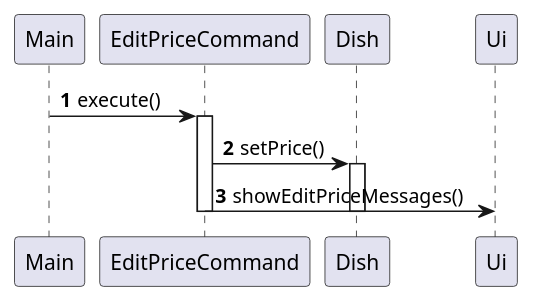
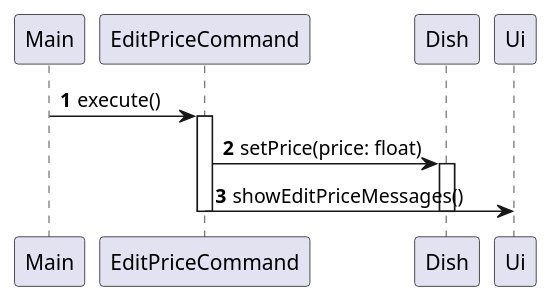
The diagram in docs/EditPriceCommand_execute.puml (nus-cs2113-AY2324S1/tp), drawn with PlantUML before and after one commit.

Commit message:
EditPriceCommand_execute.puml: include parameter type

```diff
--- a/docs/EditPriceCommand_execute.puml
+++ b/docs/EditPriceCommand_execute.puml
@@ -1,13 +1,13 @@
 @startuml
 'https://plantuml.com/sequence-diagram
 
 autonumber
 
 Main -> EditPriceCommand: execute()
 activate EditPriceCommand
-EditPriceCommand -> Dish: setPrice()
+EditPriceCommand -> Dish: setPrice(price: float)
 activate Dish
 EditPriceCommand -> Ui: showEditPriceMessages()
 deactivate EditPriceCommand
 deactivate Dish
 @enduml
```
